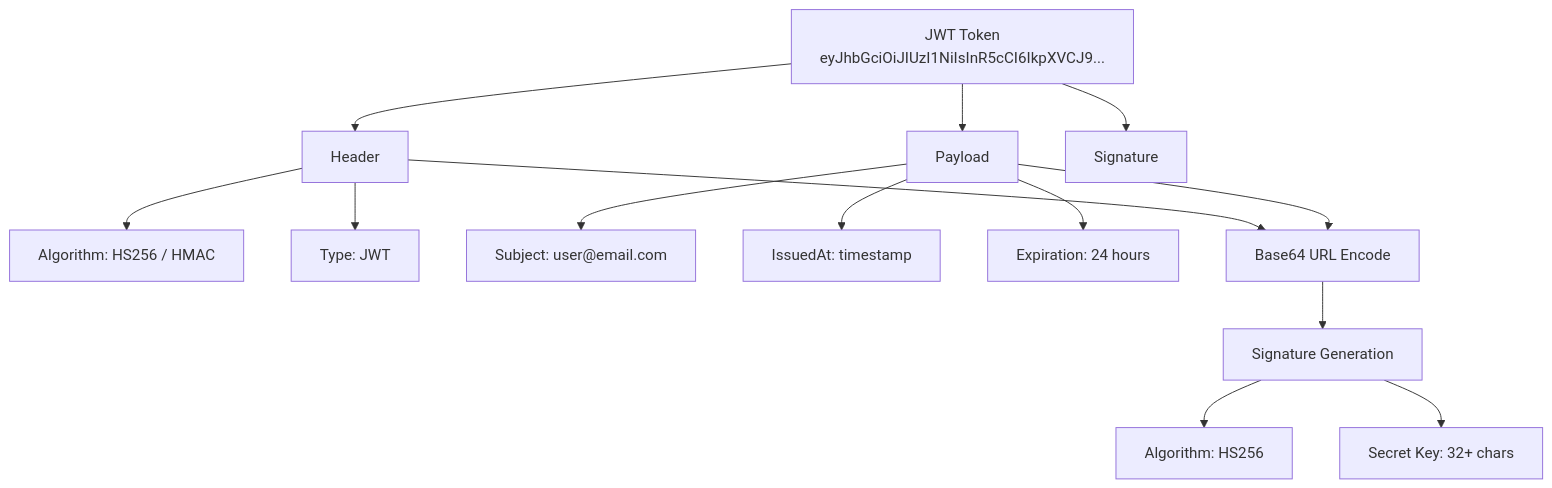
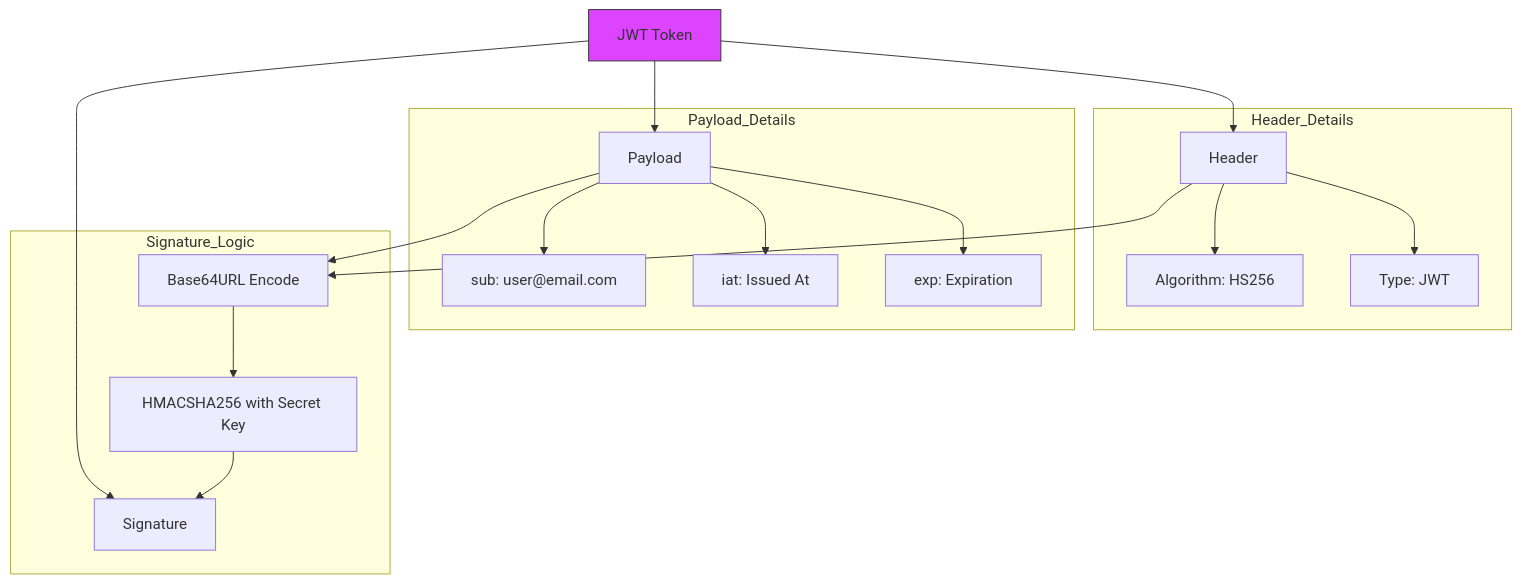
Diagram 12 of 20 in README.Md (KARTHIKAKRISHNA123/todoist), drawn with Mermaid before and after one commit. The commit also changed other lines of this file, not shown here.

````diff
--- a/README.Md
+++ b/README.Md
@@ -537,17 +557,27 @@
 ```mermaid
 flowchart TD
-    A[JWT Token\neyJhbGciOiJIUzI1NiIsInR5cCI6IkpXVCJ9...]
-    A --> B[Header]
-    A --> C[Payload]
-    A --> D[Signature]
-    B --> B1[Algorithm: HS256 / HMAC]
-    B --> B2[Type: JWT]
-    C --> C1[Subject: user@email.com]
-    C --> C2[IssuedAt: timestamp]
-    C --> C3[Expiration: 24 hours]
-    B --> E[Base64 URL Encode]
-    C --> E
-    E --> F[Signature Generation]
-    F --> G[Algorithm: HS256]
-    F --> H[Secret Key: 32+ chars]
+    Token[JWT Token]
+
+    Token --> Part1[Header]
+    Token --> Part2[Payload]
+    Token --> Part3[Signature]
+
+    subgraph Header_Details
+    Part1 --> H1[Algorithm: HS256]
+    Part1 --> H2[Type: JWT]
+    end
+
+    subgraph Payload_Details
+    Part2 --> P1[sub: user@email.com]
+    Part2 --> P2[iat: Issued At]
+    Part2 --> P3[exp: Expiration]
+    end
+
+    subgraph Signature_Logic
+    Part1 & Part2 --> Encode[Base64URL Encode]
+    Encode --> Hash[HMACSHA256 with Secret Key]
+    Hash --> Part3
+    end
+
+    style Token fill:#d4f,stroke:#333
 ```
````
